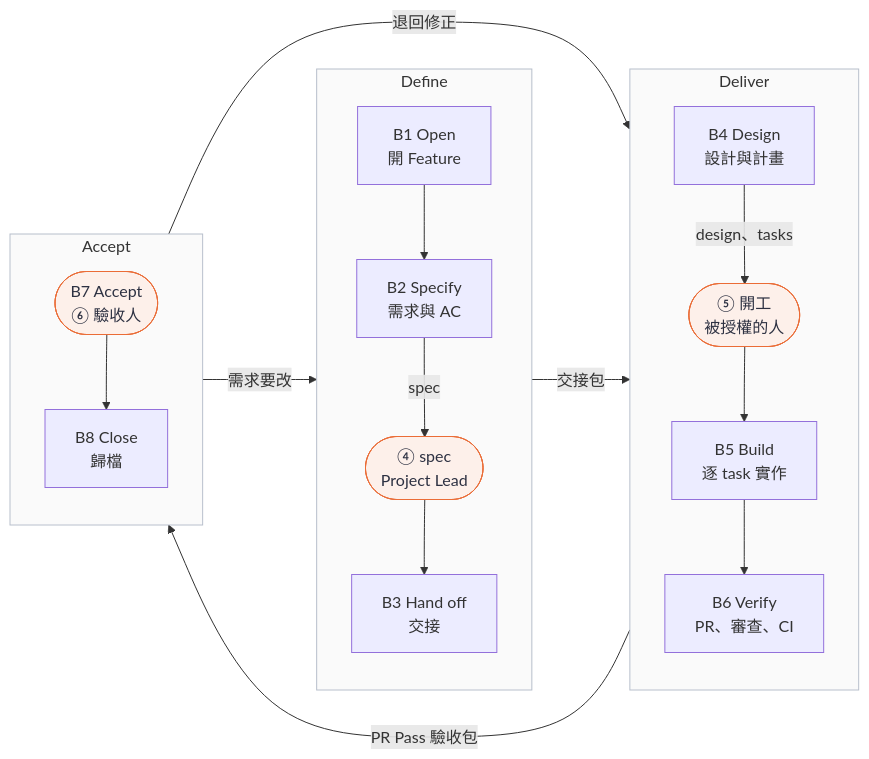
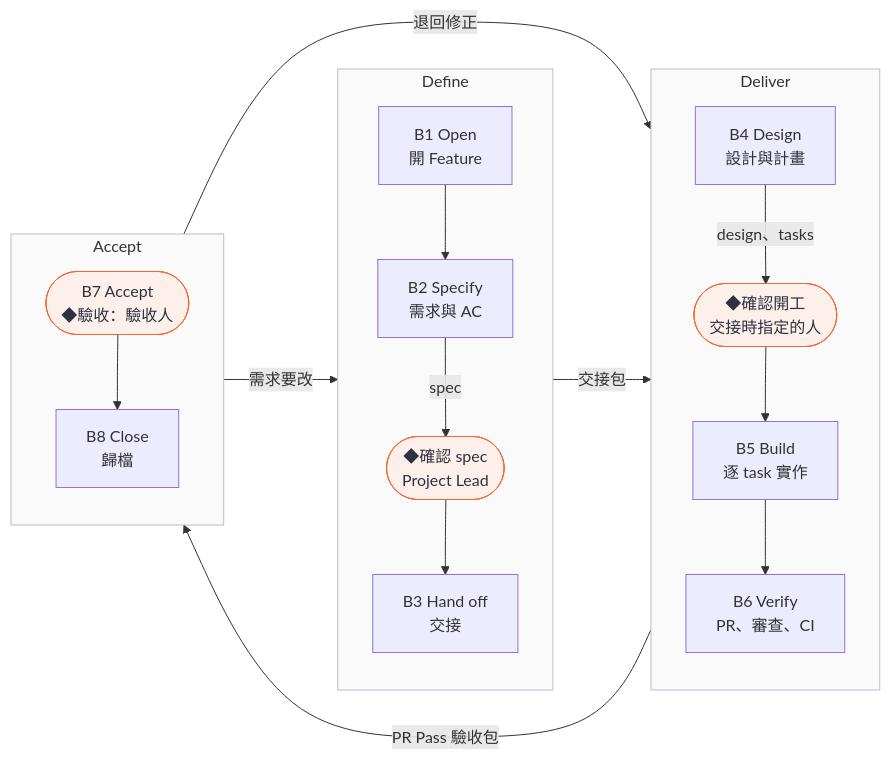
Before and after one commit to ellis429/loop-engineering: the third of 3 diagrams in docs/guide/user-guide.md, drawn with Mermaid. The commit also changed other lines of this file and 3 other files, not shown here.

````diff
--- a/docs/guide/user-guide.md
+++ b/docs/guide/user-guide.md
@@ -162,24 +168,24 @@
 ```mermaid
 flowchart LR
   subgraph SDEF["Define"]
     direction TB
-    B1["B1 Open<br/>開 Feature"] --> B2["B2 Specify<br/>需求與 AC"] -->|spec| G4(["④ spec<br/>Project Lead"]) --> B3["B3 Hand off<br/>交接"]
+    B1["B1 Open<br/>開 Feature"] --> B2["B2 Specify<br/>需求與 AC"] -->|spec| G4(["◆確認 spec<br/>Project Lead"]) --> B3["B3 Hand off<br/>交接"]
   end
   subgraph SDEL["Deliver"]
     direction TB
-    B4["B4 Design<br/>設計與計畫"] -->|design、tasks| G5(["⑤ 開工<br/>被授權的人"]) --> B5["B5 Build<br/>逐 task 實作"] --> B6["B6 Verify<br/>PR、審查、CI"]
+    B4["B4 Design<br/>設計與計畫"] -->|design、tasks| G5(["◆確認開工<br/>交接時指定的人"]) --> B5["B5 Build<br/>逐 task 實作"] --> B6["B6 Verify<br/>PR、審查、CI"]
   end
   subgraph SACC["Accept"]
     direction TB
-    G6(["B7 Accept<br/>⑥ 驗收人"]) --> B8["B8 Close<br/>歸檔"]
+    G6(["B7 Accept<br/>◆驗收：驗收人"]) --> B8["B8 Close<br/>歸檔"]
   end
   B3 -->|交接包| B4
   B6 -->|PR Pass 驗收包| G6
   G6 -->|退回修正| B5
   G6 -->|需求要改| B2
   classDef gate fill:#fdf0ea,stroke:#eb6c36,color:#2d3142
   class G4,G5,G6 gate
   style SDEF fill:#fafafa,stroke:#b8bfcc
   style SDEL fill:#fafafa,stroke:#b8bfcc
   style SACC fill:#fafafa,stroke:#b8bfcc
 ```
````
